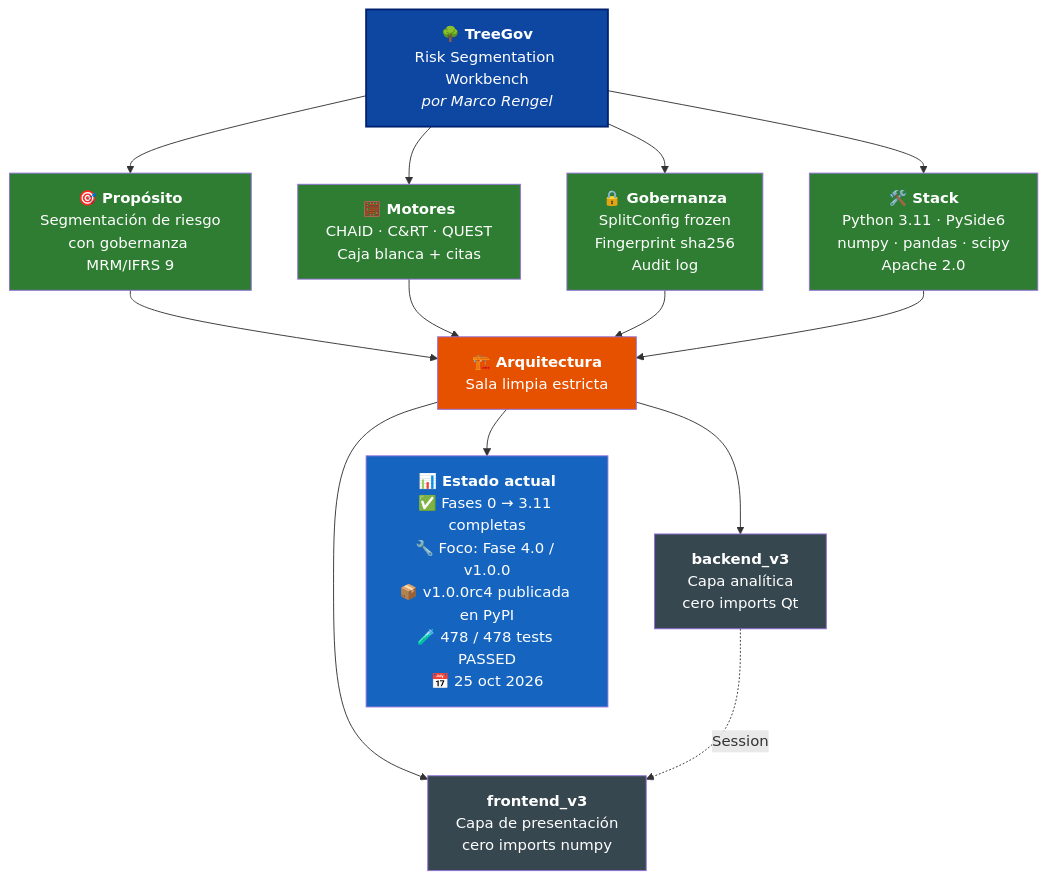
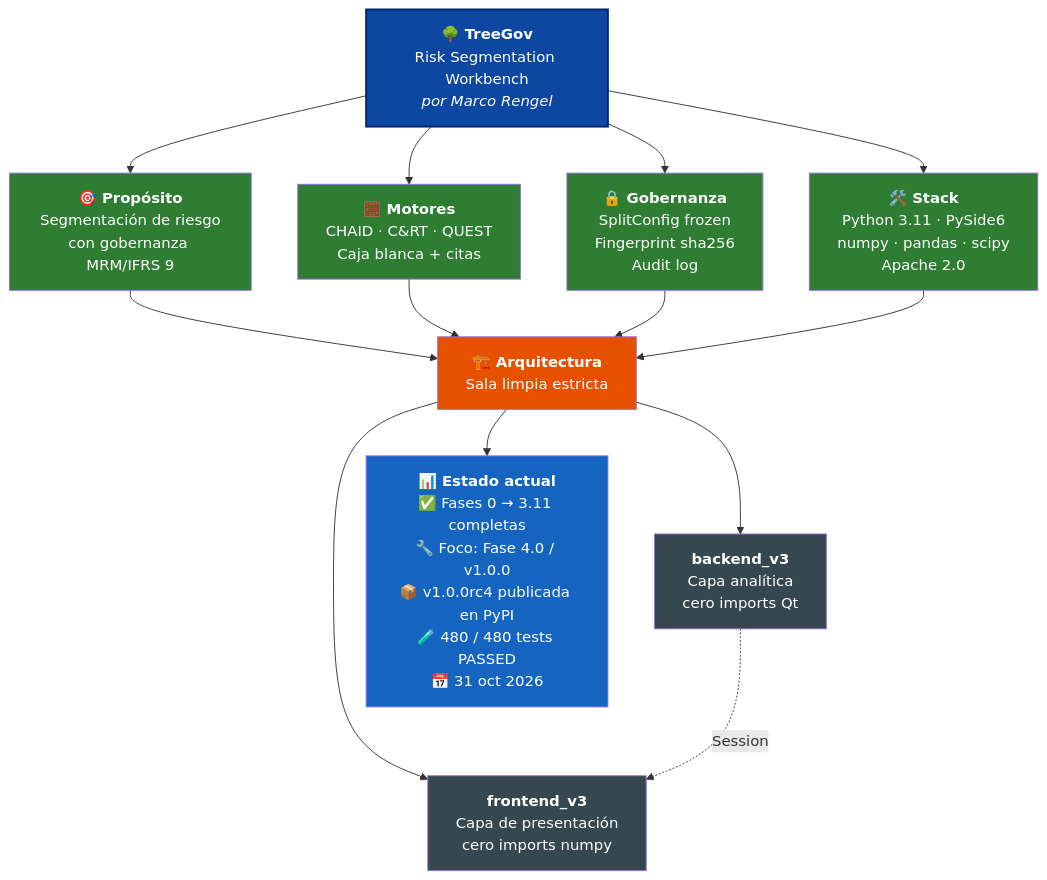
The diagram in README.es.md (Marco-Rengel/treegov), drawn with Mermaid before and after one commit. The commit also changed other lines of this file and 23 other files, not shown here.

````diff
--- a/README.es.md
+++ b/README.es.md
@@ -38,31 +38,31 @@
 ```mermaid
 flowchart TB
     TG["<b>🌳 TreeGov</b><br/>Risk Segmentation Workbench<br/><i>por Marco Rengel</i>"]
 
     TG --> P["<b>🎯 Propósito</b><br/>Segmentación de riesgo<br/>con gobernanza MRM/IFRS 9"]
     TG --> M["<b>🧮 Motores</b><br/>CHAID · C&RT · QUEST<br/>Caja blanca + citas"]
     TG --> G["<b>🔒 Gobernanza</b><br/>SplitConfig frozen<br/>Fingerprint sha256<br/>Audit log"]
     TG --> S["<b>🛠️ Stack</b><br/>Python 3.11 · PySide6<br/>numpy · pandas · scipy<br/>Apache 2.0"]
 
     P --> ARQ["<b>🏗️ Arquitectura</b><br/>Sala limpia estricta"]
     M --> ARQ
     G --> ARQ
     S --> ARQ
 
     ARQ --> BE["<b>backend_v3</b><br/>Capa analítica<br/>cero imports Qt"]
     ARQ --> FE["<b>frontend_v3</b><br/>Capa de presentación<br/>cero imports numpy"]
 
     BE -.->|Session| FE
 
-    ARQ --> ST["<b>📊 Estado actual</b><br/>✅ Fases 0 → 3.11 completas<br/>🔧 Foco: Fase 4.0 / v1.0.0<br/>📦 v1.0.0rc4 publicada en PyPI<br/>🧪 478 / 478 tests PASSED<br/>📅 25 oct 2026"]
+    ARQ --> ST["<b>📊 Estado actual</b><br/>✅ Fases 0 → 3.11 completas<br/>🔧 Foco: Fase 4.0 / v1.0.0<br/>📦 v1.0.0rc4 publicada en PyPI<br/>🧪 480 / 480 tests PASSED<br/>📅 31 oct 2026"]
 
     style TG fill:#0D47A1,color:#fff,stroke:#002171,stroke-width:2px
     style P fill:#2E7D32,color:#fff
     style M fill:#2E7D32,color:#fff
     style G fill:#2E7D32,color:#fff
     style S fill:#2E7D32,color:#fff
     style ARQ fill:#E65100,color:#fff
     style BE fill:#37474F,color:#fff
     style FE fill:#37474F,color:#fff
     style ST fill:#1565C0,color:#fff
 ```
````
